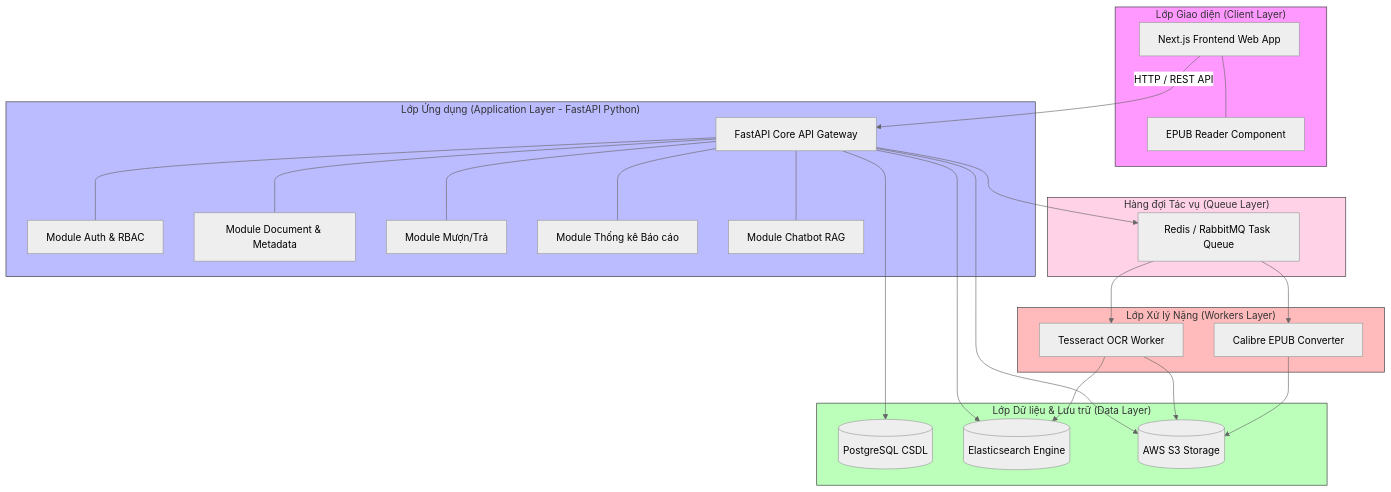
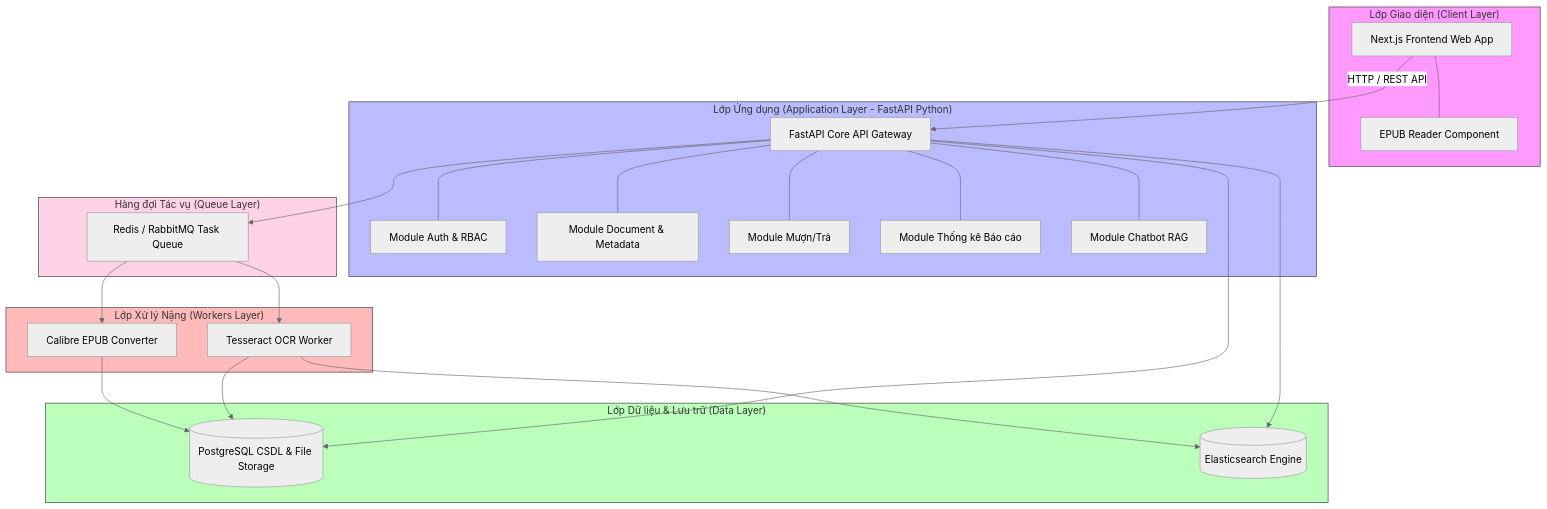
Before and after one commit to se-bros/hcmus-projectmanage--lab: the diagram in docs/images/system_architecture.mmd, drawn with Mermaid (neutral theme). The commit also changed 37 other files, not shown here.

```diff
--- a/docs/images/system_architecture.mmd
+++ b/docs/images/system_architecture.mmd
@@ -1,53 +1,51 @@
 graph TD
     subgraph ClientLayer ["Lớp Giao diện (Client Layer)"]
         UI[Next.js Frontend Web App]
         Reader[EPUB Reader Component]
         UI --- Reader
     end
     
     subgraph AppLayer ["Lớp Ứng dụng (Application Layer - FastAPI Python)"]
         API[FastAPI Core API Gateway]
         ModAuth[Module Auth & RBAC]
         ModDoc[Module Document & Metadata]
         ModBorrow[Module Mượn/Trả]
         ModStat[Module Thống kê Báo cáo]
         ModChat[Module Chatbot RAG]
         
         API --- ModAuth
         API --- ModDoc
         API --- ModBorrow
         API --- ModStat
         API --- ModChat
     end
     
     subgraph QueueLayer ["Hàng đợi Tác vụ (Queue Layer)"]
         MQ[Redis / RabbitMQ Task Queue]
     end
 
     subgraph WorkerLayer ["Lớp Xử lý Nặng (Workers Layer)"]
         OCRWorker[Tesseract OCR Worker]
         ConvWorker[Calibre EPUB Converter]
     end
 
     subgraph DataLayer ["Lớp Dữ liệu & Lưu trữ (Data Layer)"]
-        DB[(PostgreSQL CSDL)]
+        DB[(PostgreSQL CSDL & File Storage)]
         Search[(Elasticsearch Engine)]
-        Storage[(AWS S3 Storage)]
     end
     
     UI -->|HTTP / REST API| API
     API --> DB
-    API --> Storage
     API --> Search
     API --> MQ
     MQ --> OCRWorker
     MQ --> ConvWorker
-    OCRWorker --> Storage
-    ConvWorker --> Storage
+    OCRWorker --> DB
+    ConvWorker --> DB
     OCRWorker --> Search
     
     style ClientLayer fill:#f9f,stroke:#333;
     style AppLayer fill:#bbf,stroke:#333;
     style QueueLayer fill:#ffd2e8,stroke:#333;
     style WorkerLayer fill:#fbb,stroke:#333;
     style DataLayer fill:#bfb,stroke:#333;
```
